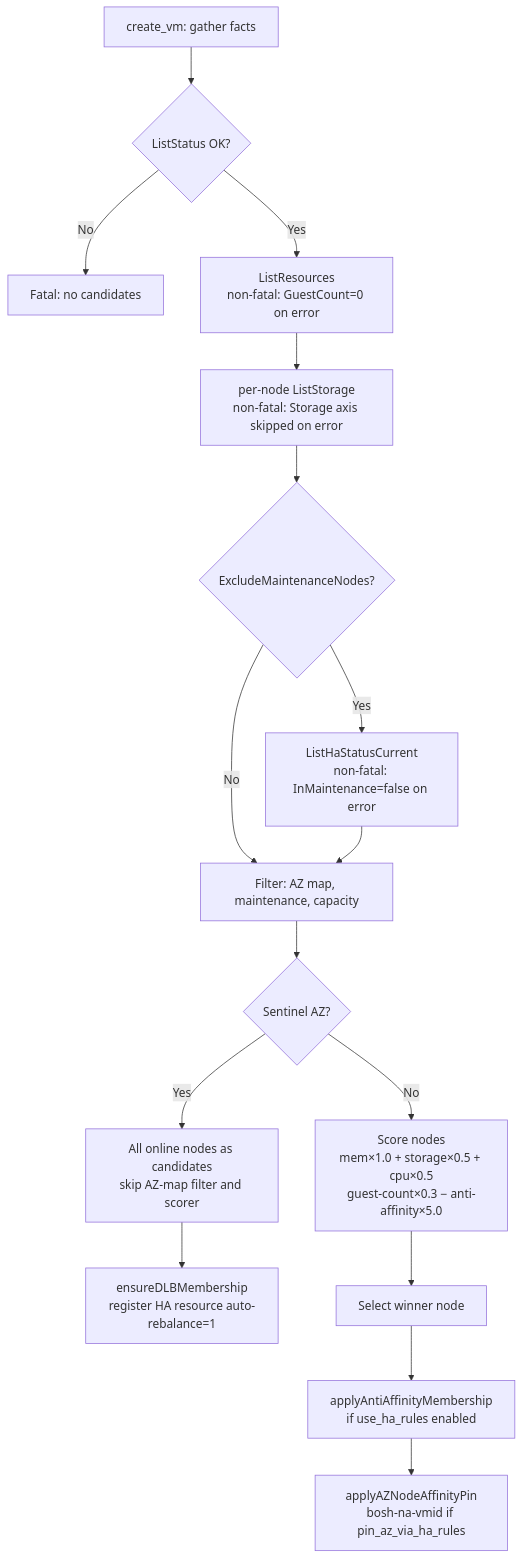
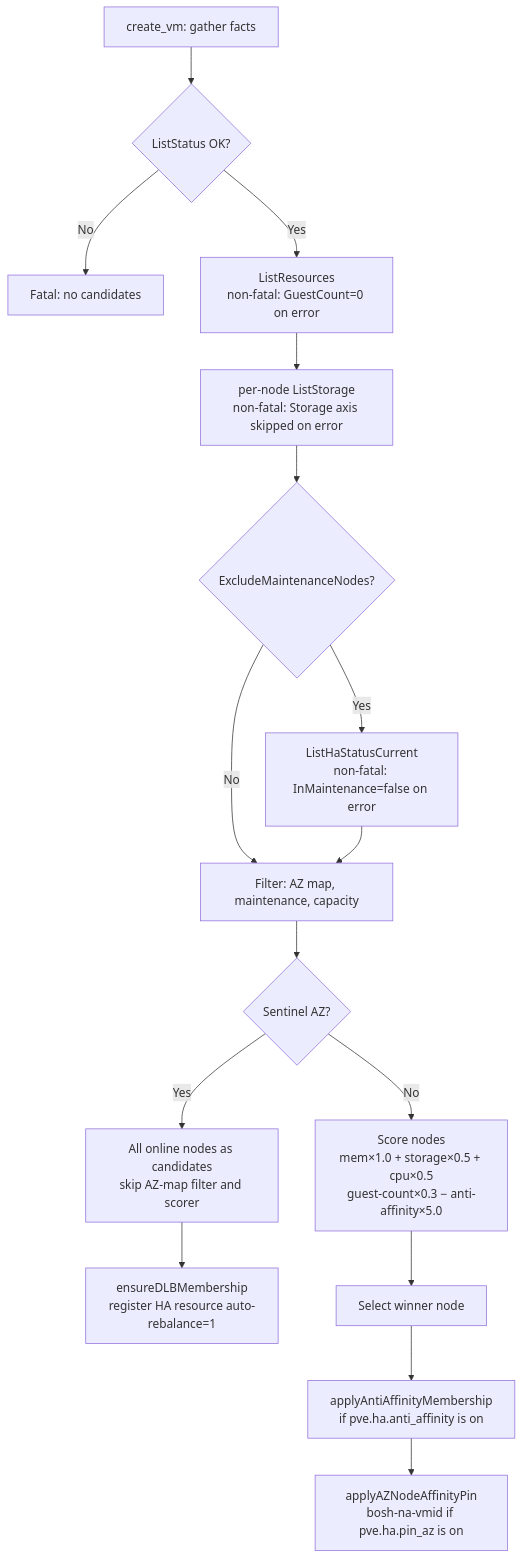
The diagram in docs/dlb-aware-placement.md (fivetwenty-io/bosh-proxmox-cpi-release), drawn with Mermaid before and after one commit. The commit also changed other lines of this file and 64 other files, not shown here.

````diff
--- a/docs/dlb-aware-placement.md
+++ b/docs/dlb-aware-placement.md
@@ -183,18 +184,18 @@
 ```mermaid
 flowchart TD
     A[create_vm: gather facts] --> B{ListStatus OK?}
     B -- No --> FATAL[Fatal: no candidates]
     B -- Yes --> C[ListResources\nnon-fatal: GuestCount=0 on error]
     C --> D[per-node ListStorage\nnon-fatal: Storage axis skipped on error]
     D --> E{ExcludeMaintenanceNodes?}
     E -- Yes --> F[ListHaStatusCurrent\nnon-fatal: InMaintenance=false on error]
     E -- No --> G
     F --> G[Filter: AZ map, maintenance, capacity]
     G --> H{Sentinel AZ?}
     H -- Yes --> I[All online nodes as candidates\nskip AZ-map filter and scorer]
     I --> J[ensureDLBMembership\nregister HA resource auto-rebalance=1]
     H -- No --> K[Score nodes\nmem×1.0 + storage×0.5 + cpu×0.5\nguest-count×0.3 − anti-affinity×5.0]
     K --> L[Select winner node]
-    L --> M[applyAntiAffinityMembership\nif use_ha_rules enabled]
-    M --> N[applyAZNodeAffinityPin\nbosh-na-vmid if pin_az_via_ha_rules]
+    L --> M[applyAntiAffinityMembership\nif pve.ha.anti_affinity is on]
+    M --> N[applyAZNodeAffinityPin\nbosh-na-vmid if pve.ha.pin_az is on]
 ```
````
